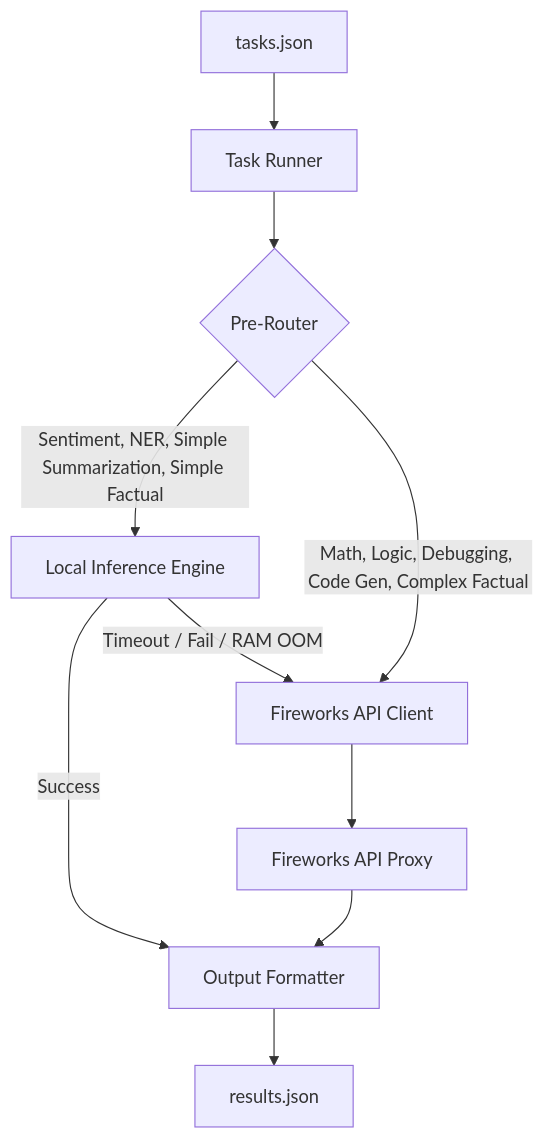
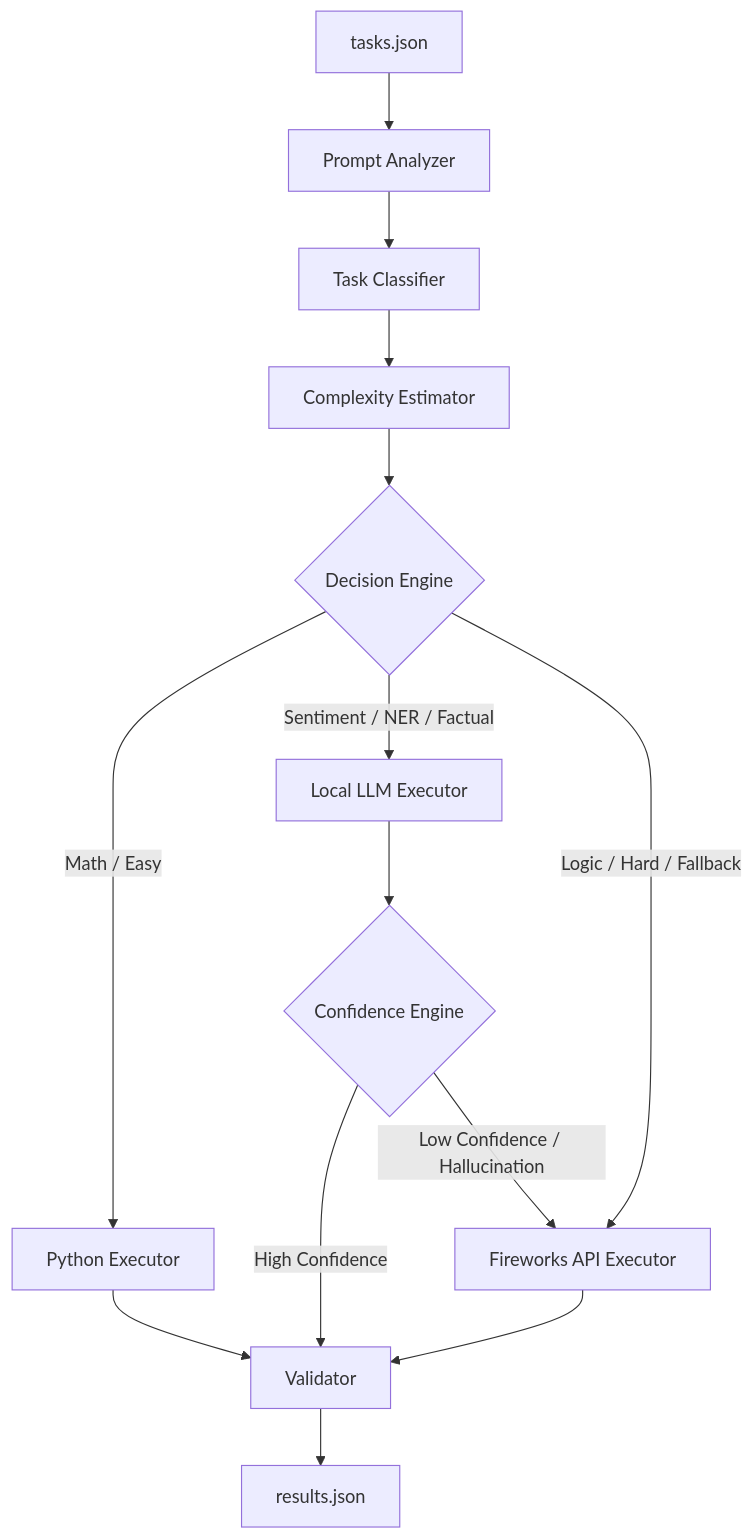
Before and after one commit to RudraMalvankar/Base42: the diagram in Agents.md, drawn with Mermaid. The commit also changed other lines of this file and 16 other files, not shown here.

````diff
--- a/Agents.md
+++ b/Agents.md
@@ -25,16 +25,20 @@
 ```mermaid
 graph TD
-    A[tasks.json] --> B[Task Runner]
-    B --> C{Pre-Router}
+    A[tasks.json] --> B[Prompt Analyzer]
+    B --> C[Task Classifier]
+    C --> D[Complexity Estimator]
+    D --> E{Decision Engine}
     
-    C -->|Sentiment, NER, Simple Summarization, Simple Factual| D[Local Inference Engine]
-    C -->|Math, Logic, Debugging, Code Gen, Complex Factual| E[Fireworks API Client]
+    E -->|Math / Easy| F[Python Executor]
+    E -->|Sentiment / NER / Factual| G[Local LLM Executor]
+    E -->|Logic / Hard / Fallback| H[Fireworks API Executor]
     
-    D -->|Success| F[Output Formatter]
-    D -->|Timeout / Fail / RAM OOM| E
+    G --> I{Confidence Engine}
+    I -->|High Confidence| J[Validator]
+    I -->|Low Confidence / Hallucination| H
     
-    E --> G[Fireworks API Proxy]
-    G --> F
+    F --> J
+    H --> J
     
-    F --> H[results.json]
+    J --> K[results.json]
 ```
````
